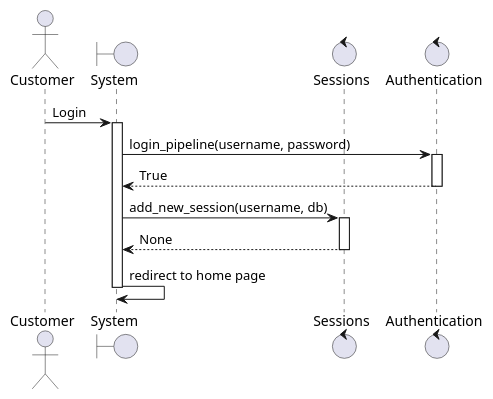
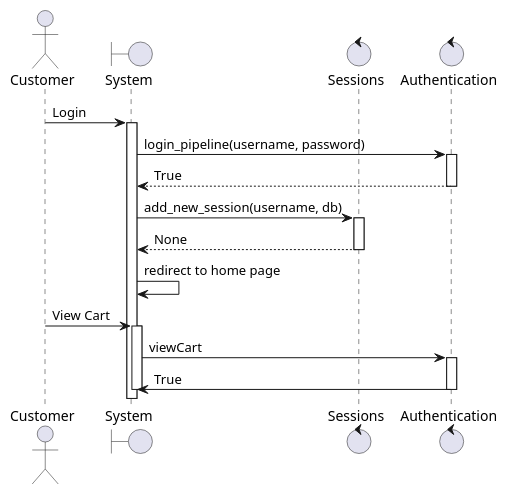
Before and after one commit to david-gary/onlineStoreTemplate: the diagram in diagrams/sequences/login.puml, drawn with PlantUML. The commit also changed 2 other files, not shown here.

```diff
--- a/diagrams/sequences/login.puml
+++ b/diagrams/sequences/login.puml
@@ -1,18 +1,24 @@
 @startuml login
 actor Customer
 boundary "System" as system
 control "Sessions" as sessions
 control "Authentication" as auth
 Customer -> system: Login
 activate system
 system -> auth: login_pipeline(username, password)
 activate auth
 auth --> system: True
 deactivate auth
 system -> sessions: add_new_session(username, db)
 activate sessions
 sessions --> system: None
 deactivate sessions
 system -> system: redirect to home page
+Customer -> system: View Cart
+activate system
+system -> auth: viewCart
+activate auth
+auth -> system: True
+deactivate auth
 deactivate system
 @enduml
```
